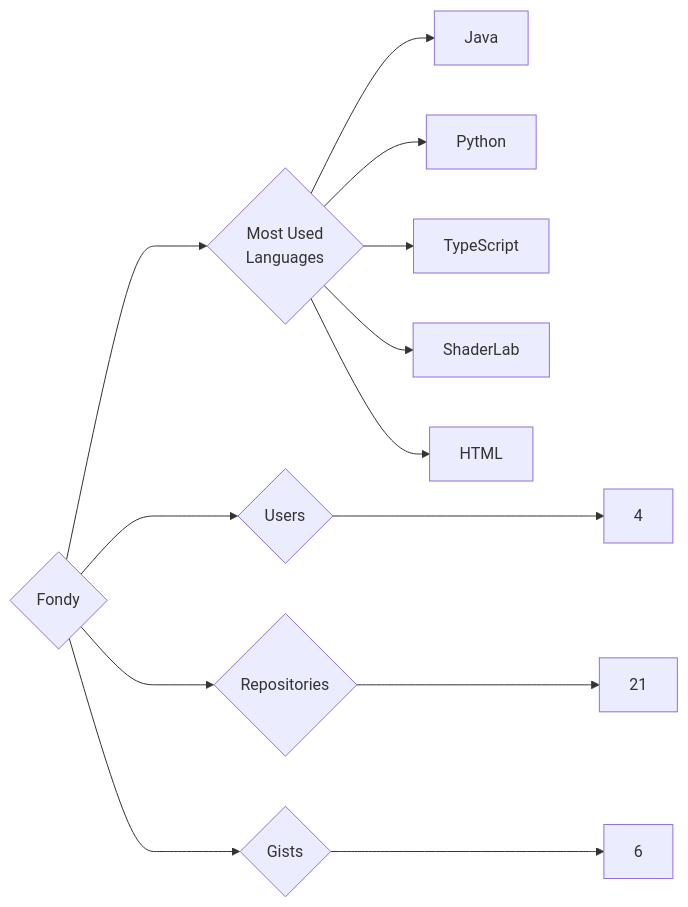
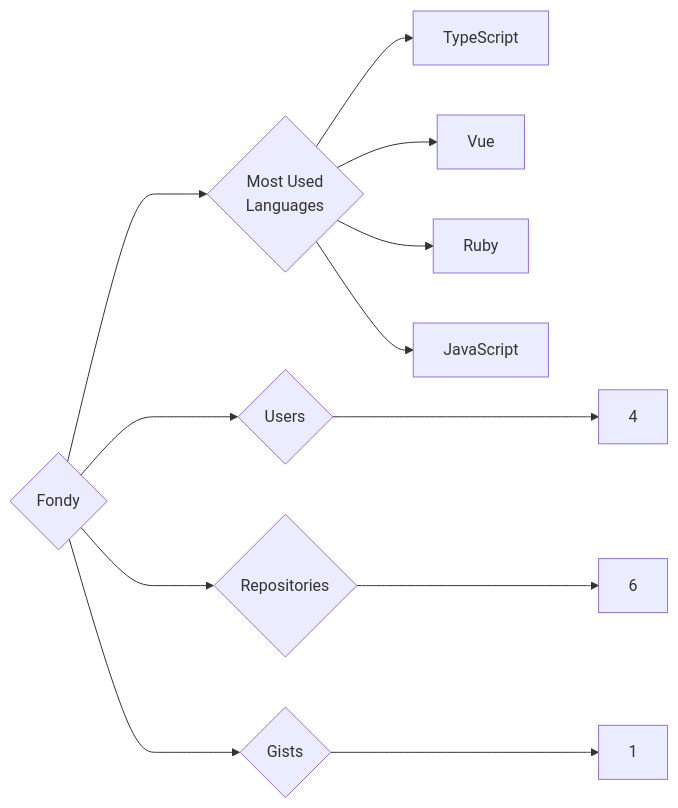
One commit to trickest/insiders changed the diagram in targets/Fondy/README.md. Above: the diagram before and after it, drawn with Mermaid. The commit also changed 1195 other files, not shown here.

````diff
--- a/targets/Fondy/README.md
+++ b/targets/Fondy/README.md
@@ -3,13 +3,12 @@
 ```mermaid
 graph LR
 COMPANY_NAME{Fondy}
 COMPANY_NAME ---> U{Users} ---> UN[4]
-COMPANY_NAME ---> R{Repositories} ---> RN[21]
-COMPANY_NAME ---> G{Gists} ---> GN[6]
+COMPANY_NAME ---> R{Repositories} ---> RN[6]
+COMPANY_NAME ---> G{Gists} ---> GN[1]
 COMPANY_NAME ---> ML{Most Used<br>Languages}
-ML --> Java[Java]
-ML --> Python[Python]
 ML --> TypeScript[TypeScript]
-ML --> ShaderLab[ShaderLab]
-ML --> HTML[HTML]
+ML --> Vue[Vue]
+ML --> Ruby[Ruby]
+ML --> JavaScript[JavaScript]
 ```
````
